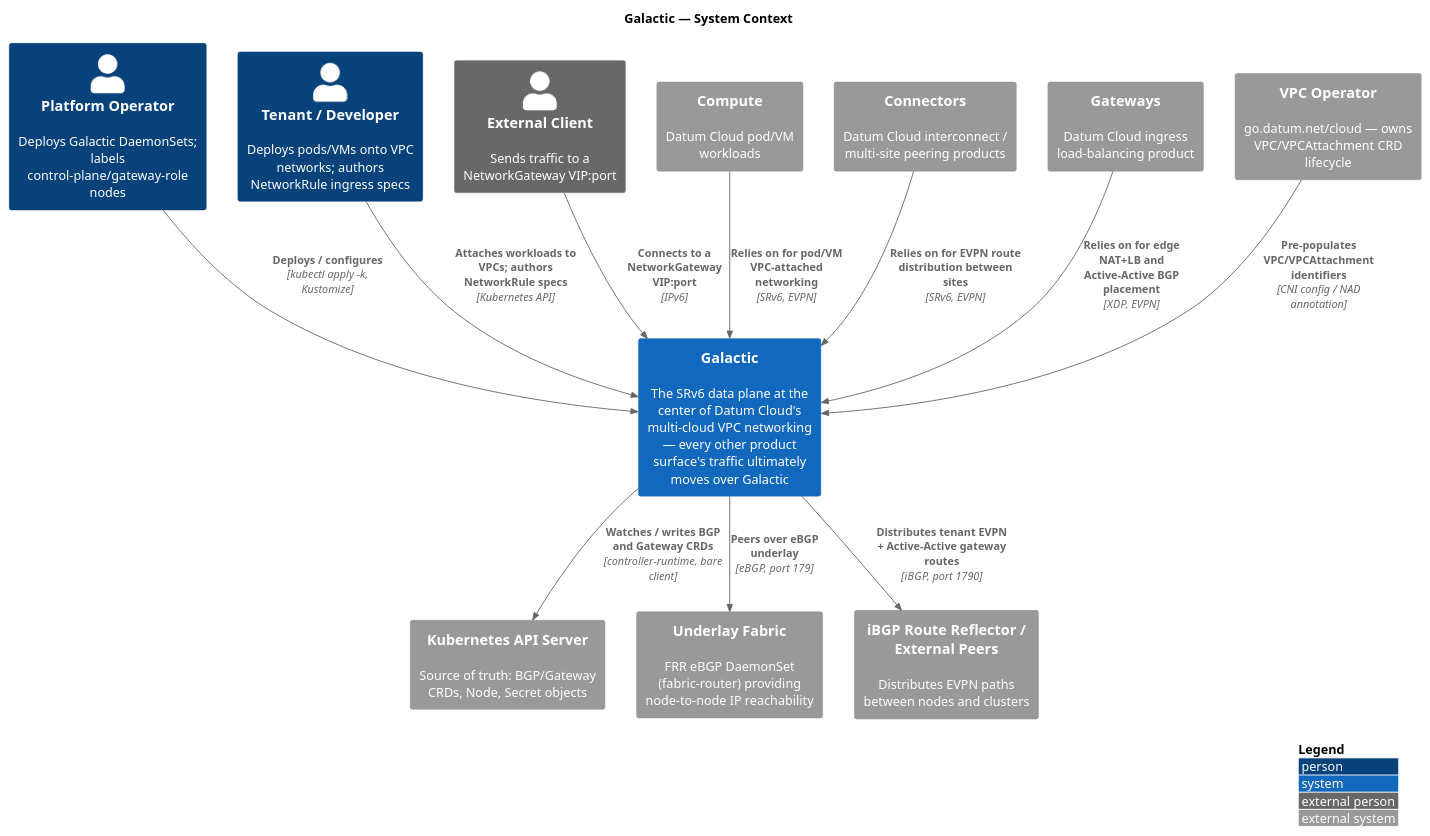
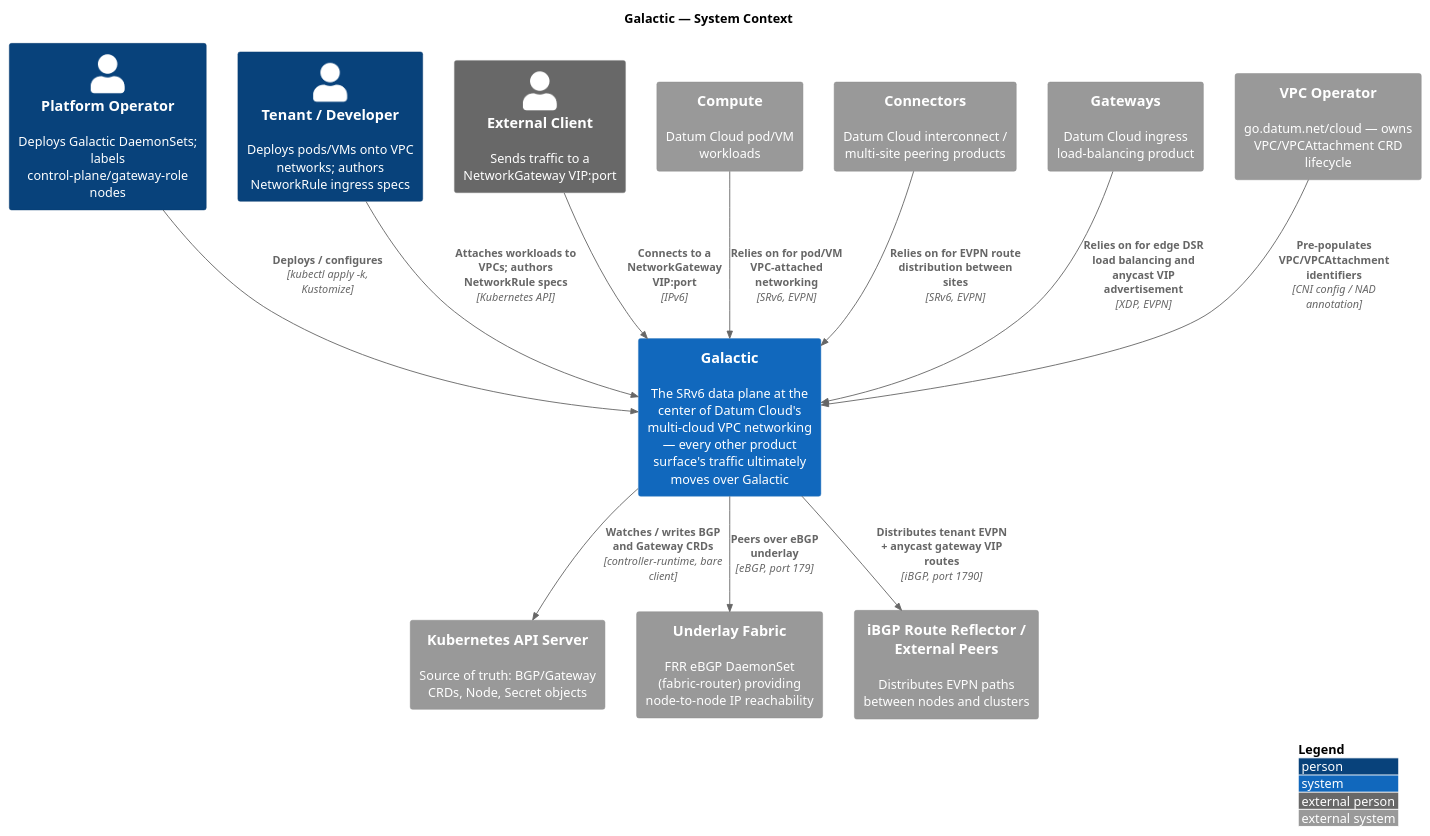
One commit to datum-cloud/galactic changed the diagram in docs/architecture/context.puml. Above: the diagram before and after it, drawn with PlantUML. The commit also changed 12 other files, not shown here.

First line of the commit message:
docs(gateway): Finish removing Full-NAT references

```diff
--- a/docs/architecture/context.puml
+++ b/docs/architecture/context.puml
@@ -1,36 +1,36 @@
 @startuml context
 !include https://raw.githubusercontent.com/plantuml-stdlib/C4-PlantUML/master/C4_Context.puml
 
 LAYOUT_WITH_LEGEND()
 
 title Galactic — System Context
 
 Person(operator, "Platform Operator", "Deploys Galactic DaemonSets; labels control-plane/gateway-role nodes")
 Person(tenant, "Tenant / Developer", "Deploys pods/VMs onto VPC networks; authors NetworkRule ingress specs")
 Person_Ext(client, "External Client", "Sends traffic to a NetworkGateway VIP:port")
 
 System(galactic, "Galactic", "The SRv6 data plane at the center of Datum Cloud's multi-cloud VPC networking — every other product surface's traffic ultimately moves over Galactic")
 
 System_Ext(compute, "Compute", "Datum Cloud pod/VM workloads")
 System_Ext(connectors, "Connectors", "Datum Cloud interconnect / multi-site peering products")
 System_Ext(gateways, "Gateways", "Datum Cloud ingress load-balancing product")
 
 System_Ext(k8s, "Kubernetes API Server", "Source of truth: BGP/Gateway CRDs, Node, Secret objects")
 System_Ext(vpcop, "VPC Operator", "go.datum.net/cloud — owns VPC/VPCAttachment CRD lifecycle")
 System_Ext(fabric, "Underlay Fabric", "FRR eBGP DaemonSet (fabric-router) providing node-to-node IP reachability")
 System_Ext(rr, "iBGP Route Reflector / External Peers", "Distributes EVPN paths between nodes and clusters")
 
 Rel(operator, galactic, "Deploys / configures", "kubectl apply -k, Kustomize")
 Rel(tenant, galactic, "Attaches workloads to VPCs; authors NetworkRule specs", "Kubernetes API")
 Rel(client, galactic, "Connects to a NetworkGateway VIP:port", "IPv6")
 
 Rel(compute, galactic, "Relies on for pod/VM VPC-attached networking", "SRv6, EVPN")
 Rel(connectors, galactic, "Relies on for EVPN route distribution between sites", "SRv6, EVPN")
-Rel(gateways, galactic, "Relies on for edge NAT+LB and Active-Active BGP placement", "XDP, EVPN")
+Rel(gateways, galactic, "Relies on for edge DSR load balancing and anycast VIP advertisement", "XDP, EVPN")
 
 Rel(galactic, k8s, "Watches / writes BGP and Gateway CRDs", "controller-runtime, bare client")
 Rel(vpcop, galactic, "Pre-populates VPC/VPCAttachment identifiers", "CNI config / NAD annotation")
 Rel(galactic, fabric, "Peers over eBGP underlay", "eBGP, port 179")
-Rel(galactic, rr, "Distributes tenant EVPN + Active-Active gateway routes", "iBGP, port 1790")
+Rel(galactic, rr, "Distributes tenant EVPN + anycast gateway VIP routes", "iBGP, port 1790")
 
 @enduml
```
